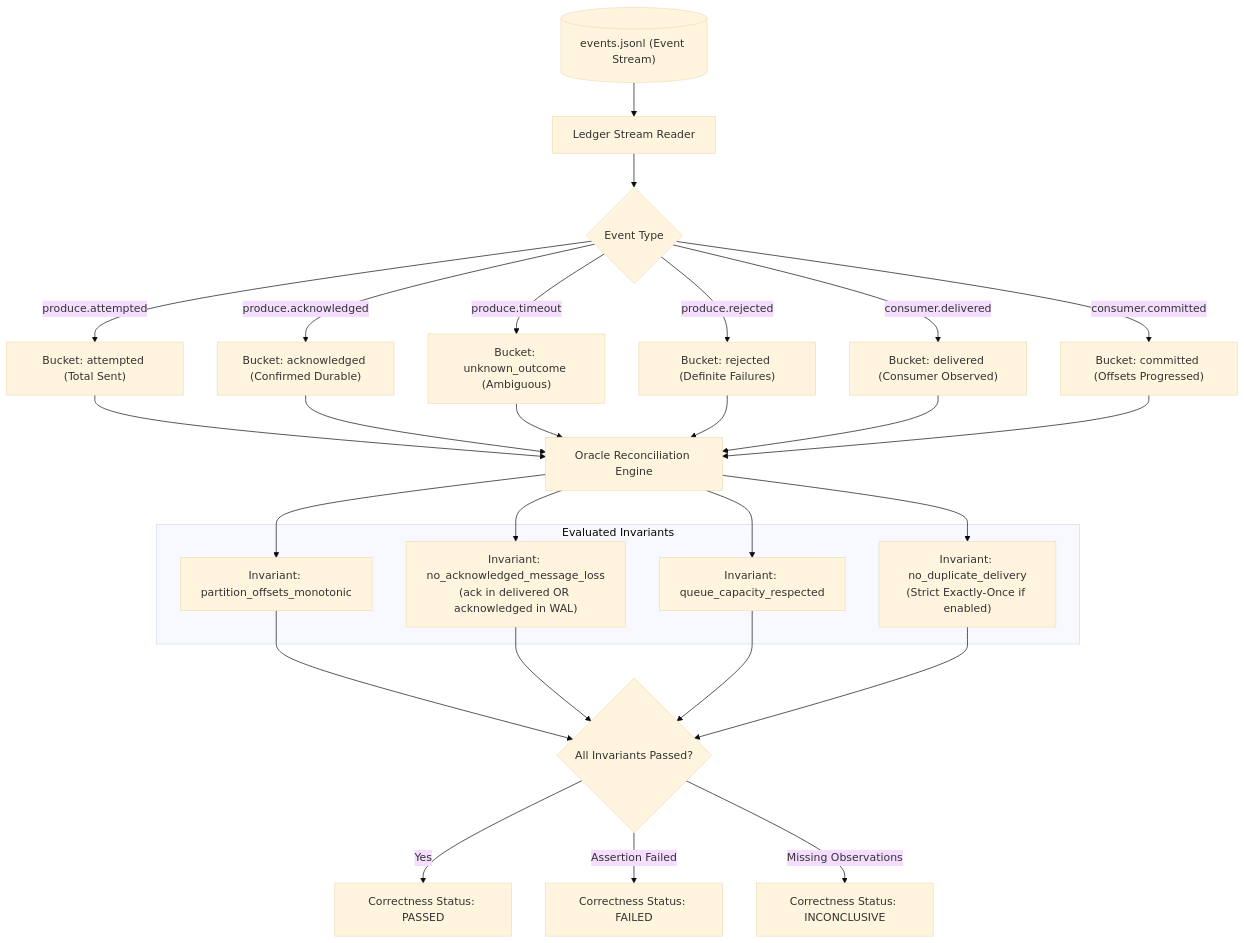
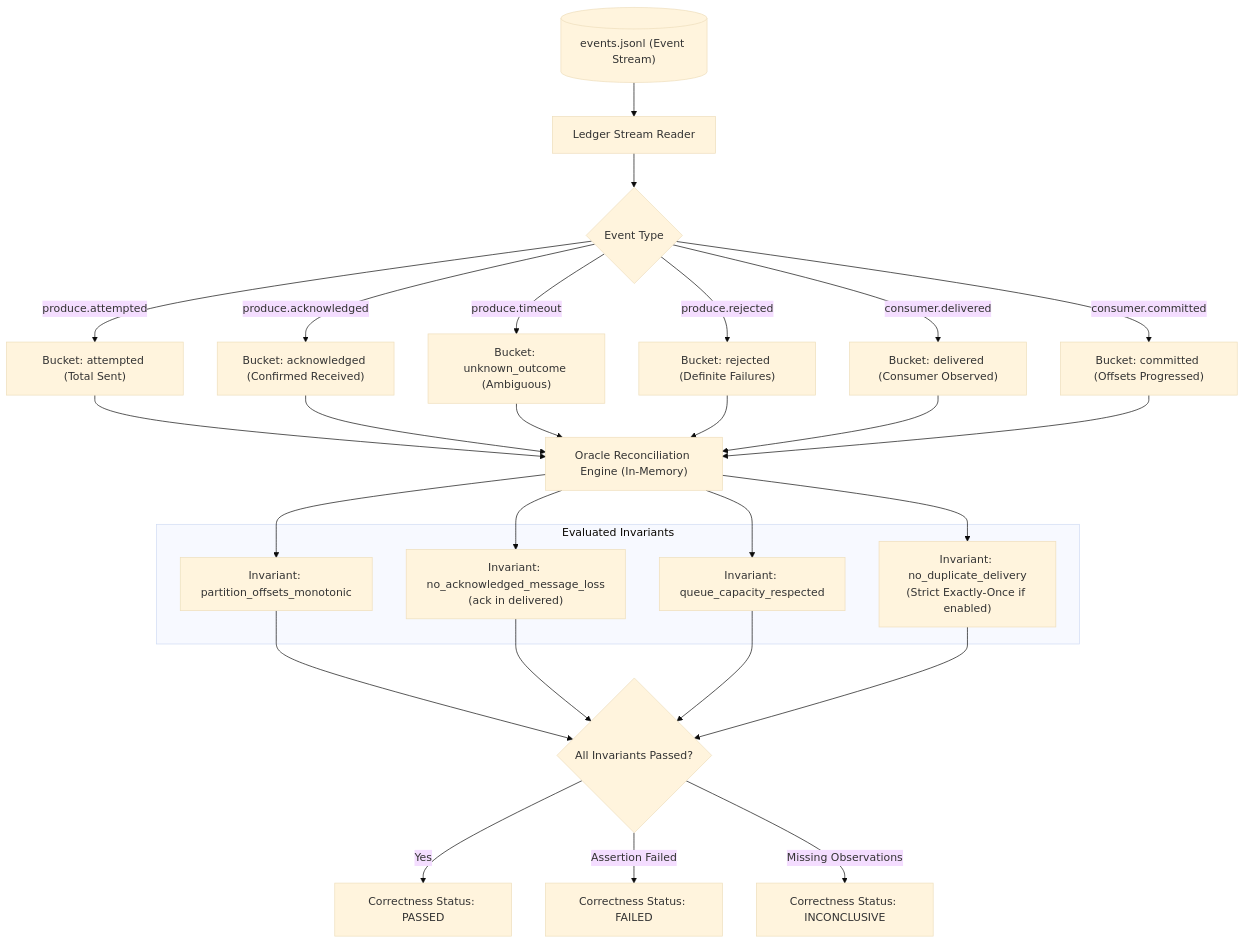
Before and after one commit to ansh0014/Hydra-Stream: diagram 11 of 12 in docs/system-diagrams.md, drawn with Mermaid (base theme). The commit also changed other lines of this file, not shown here.

````diff
--- a/docs/system-diagrams.md
+++ b/docs/system-diagrams.md
@@ -463,40 +444,40 @@
 ```mermaid
 flowchart TD
     JSONL[("events.jsonl (Event Stream)")] --> READER["Ledger Stream Reader"]
     
     READER --> EV_ROUTER{"Event Type"}
     EV_ROUTER -->|produce.attempted| S1["Bucket: attempted (Total Sent)"]
-    EV_ROUTER -->|produce.acknowledged| S2["Bucket: acknowledged (Confirmed Durable)"]
+    EV_ROUTER -->|produce.acknowledged| S2["Bucket: acknowledged (Confirmed Received)"]
     EV_ROUTER -->|produce.timeout| S3["Bucket: unknown_outcome (Ambiguous)"]
     EV_ROUTER -->|produce.rejected| S4["Bucket: rejected (Definite Failures)"]
     EV_ROUTER -->|consumer.delivered| S5["Bucket: delivered (Consumer Observed)"]
     EV_ROUTER -->|consumer.committed| S6["Bucket: committed (Offsets Progressed)"]
 
-    S1 --> RECON["Oracle Reconciliation Engine"]
+    S1 --> RECON["Oracle Reconciliation Engine (In-Memory)"]
     S2 --> RECON
     S3 --> RECON
     S4 --> RECON
     S5 --> RECON
     S6 --> RECON
 
     subgraph ASSERTIONS["Evaluated Invariants"]
         A1["Invariant: partition_offsets_monotonic"]
-        A2["Invariant: no_acknowledged_message_loss\n(ack in delivered OR acknowledged in WAL)"]
+        A2["Invariant: no_acknowledged_message_loss\n(ack in delivered)"]
         A3["Invariant: queue_capacity_respected"]
         A4["Invariant: no_duplicate_delivery\n(Strict Exactly-Once if enabled)"]
     end
 
     RECON --> A1
     RECON --> A2
     RECON --> A3
     RECON --> A4
 
     A1 --> STATUS{"All Invariants Passed?"}
     A2 --> STATUS
     A3 --> STATUS
     A4 --> STATUS
 
     STATUS -->|Yes| PASS["Correctness Status: PASSED"]
     STATUS -->|Assertion Failed| FAIL["Correctness Status: FAILED"]
     STATUS -->|Missing Observations| INCONC["Correctness Status: INCONCLUSIVE"]
 ```
````
